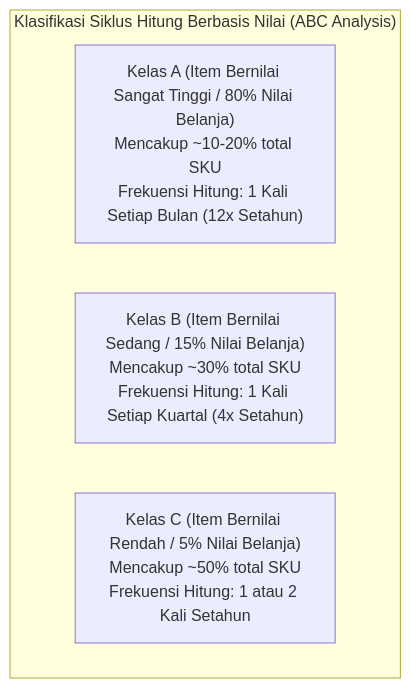
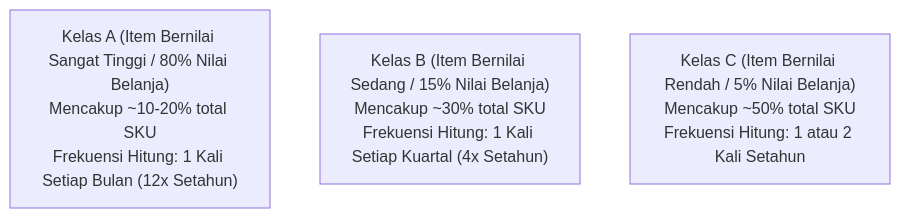
Before and after one commit to alimurrofid/erp-notes: the first of 3 diagrams in content/05-inventory/physical-inventory-count.md, drawn with Mermaid. The commit also changed 58 other files, not shown here.

Commit message:
fix(content):Mermaid Subgraph

````diff
--- a/content/05-inventory/physical-inventory-count.md
+++ b/content/05-inventory/physical-inventory-count.md
@@ -40,8 +40,6 @@
 ```mermaid
 flowchart TD
-    subgraph ABC["Klasifikasi Siklus Hitung Berbasis Nilai (ABC Analysis)"]
         ClassA["Kelas A (Item Bernilai Sangat Tinggi / 80% Nilai Belanja)<br/>Mencakup ~10-20% total SKU<br/>Frekuensi Hitung: 1 Kali Setiap Bulan (12x Setahun)"]
         ClassB["Kelas B (Item Bernilai Sedang / 15% Nilai Belanja)<br/>Mencakup ~30% total SKU<br/>Frekuensi Hitung: 1 Kali Setiap Kuartal (4x Setahun)"]
         ClassC["Kelas C (Item Bernilai Rendah / 5% Nilai Belanja)<br/>Mencakup ~50% total SKU<br/>Frekuensi Hitung: 1 atau 2 Kali Setahun"]
-    end
 ```
````
